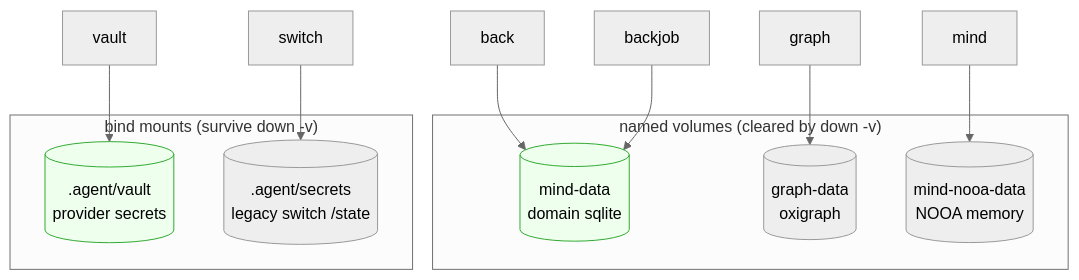
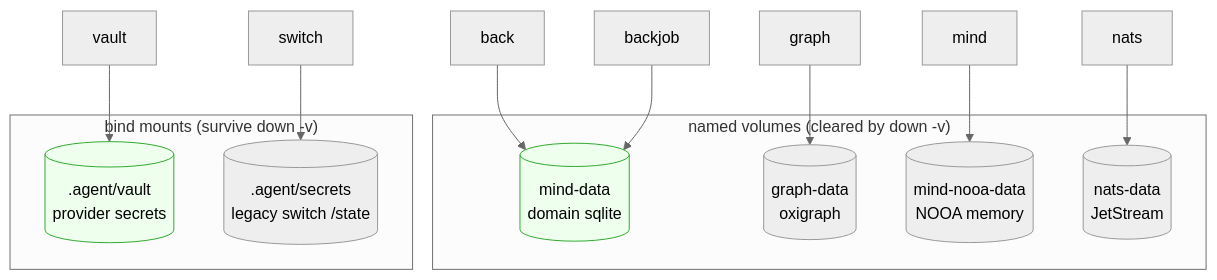
The fifth of 6 diagrams in docs/architecture/ContainerTopology.md (laquereric/magentic-stack), drawn with Mermaid (neutral theme) before and after one commit. The commit also changed other lines of this file and 43 other files, not shown here.

````diff
--- a/docs/architecture/ContainerTopology.md
+++ b/docs/architecture/ContainerTopology.md
@@ -237,21 +245,23 @@
 ```mermaid
 graph TB
   subgraph named["named volumes (cleared by down -v)"]
     V1[("mind-data<br/>domain sqlite")]
     V2[("graph-data<br/>oxigraph")]
     V3[("mind-nooa-data<br/>NOOA memory")]
+    V4[("nats-data<br/>JetStream")]
   end
   subgraph bind["bind mounts (survive down -v)"]
     B1[(".agent/vault<br/>provider secrets")]
     B2[(".agent/secrets<br/>legacy switch /state")]
   end
   BACK[back] --> V1
   BACKJOB[backjob] --> V1
   GRAPH[graph] --> V2
   MIND[mind] --> V3
+  NATS[nats] --> V4
   VAULT[vault] --> B1
   SWITCH[switch] --> B2
 
   style V1 fill:#efe,stroke:#3a3
   style B1 fill:#efe,stroke:#3a3
 ```
````
